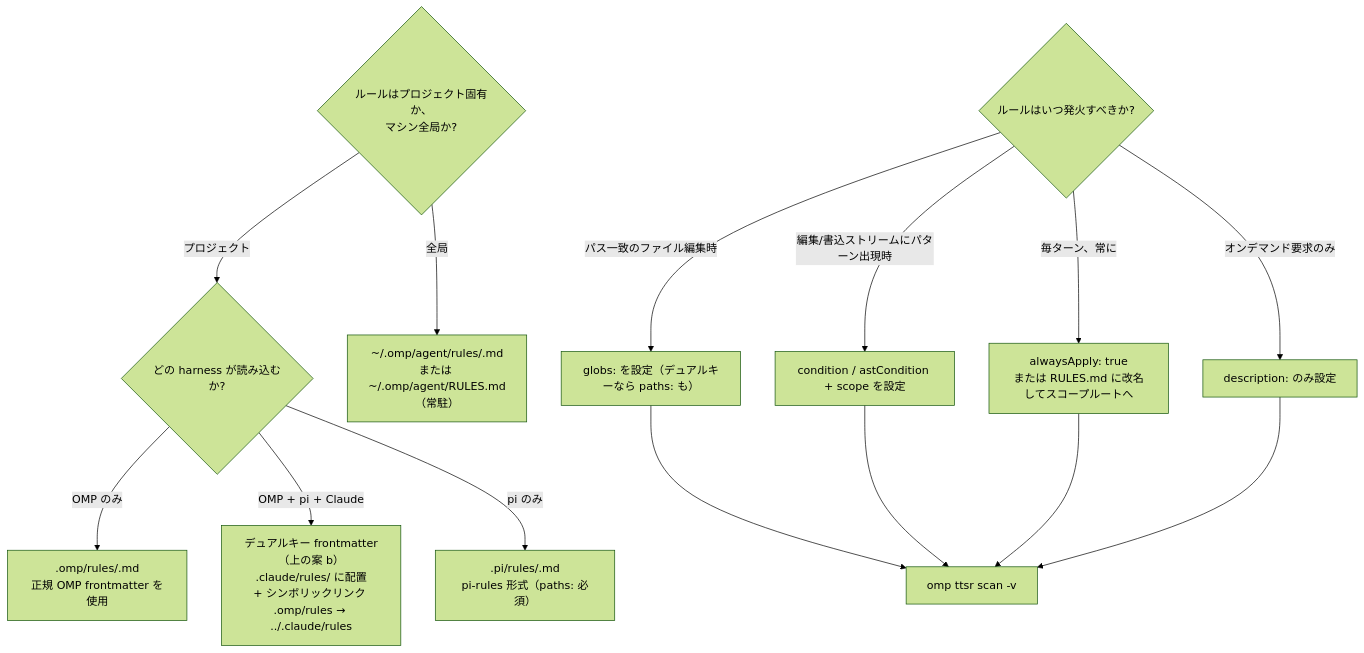
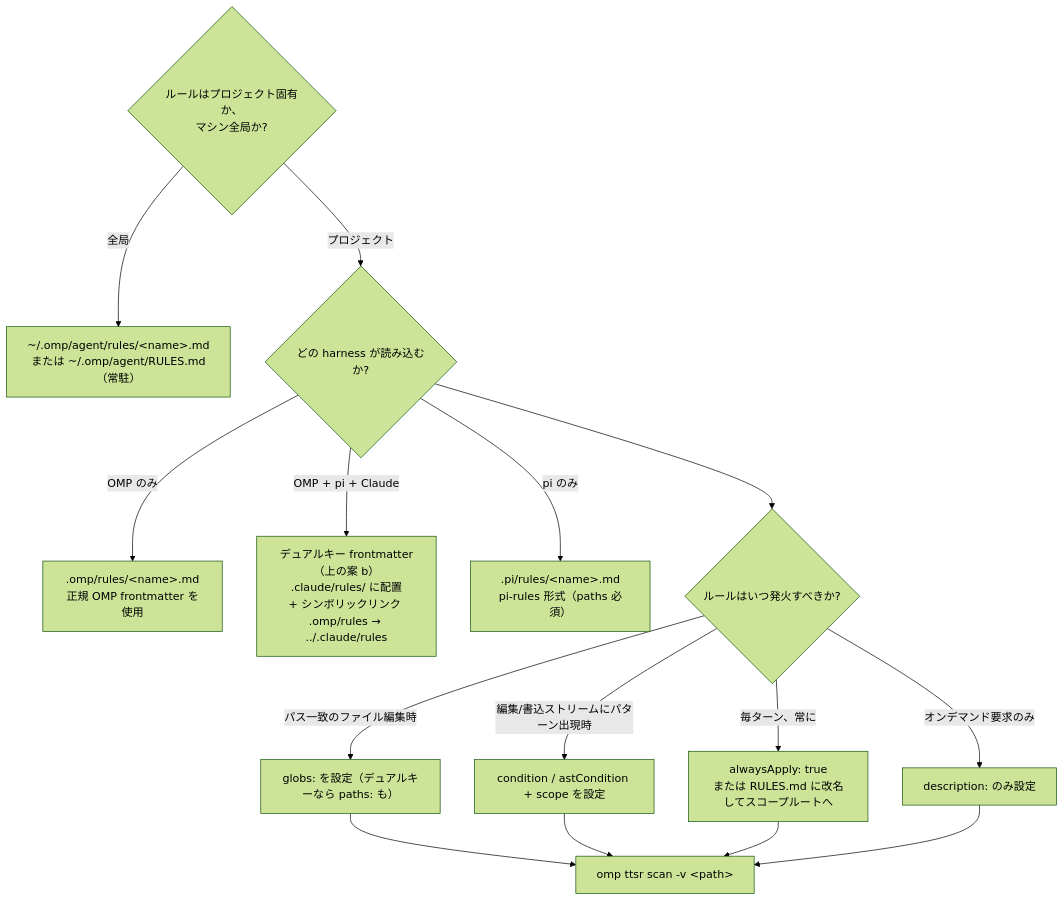
The second of 2 diagrams in src/content/note/ja/omp-agent-rules-config-flow.md (DavidHLP/DavidHLP.github.io), drawn with Mermaid (forest theme) before and after one commit. The commit also changed 1 other file, not shown here.

Commit message:
fix(note): repair Mermaid syntax in en/ja OMP rules decision trees
The same flowchart fix applied to zh-cn (1b1b29a) is needed in the
English and Japanese variants — they were committed from the same source
and share the identical syntax issues under mermaid@11.15.0:

  - bare edge labels (CJK punctuation, `:` in "paths: required")
  - unescaped `<name>` / `<path>` parsed as node IDs
  - `Q3` orphan with no inbound edge

The English and Japanese prose labels differ, but the structural
fix is identical: quote every edge label, escape the angle-bracket
placeholders, and wire `Q2 --> Q3` so the tree is a connected DAG.

````diff
--- a/src/content/note/ja/omp-agent-rules-config-flow.md
+++ b/src/content/note/ja/omp-agent-rules-config-flow.md
@@ -251,18 +251,18 @@
 ```mermaid
 flowchart TD
   Q1{"ルールはプロジェクト固有か、<br/>マシン全局か?"}
-  Q1 -- プロジェクト --> Q2{"どの harness が読み込むか?"}
-  Q1 -- 全局 --> U1["~/.omp/agent/rules/<name>.md<br/>または ~/.omp/agent/RULES.md（常駐）"]
-  Q2 -- OMP のみ --> O1[".omp/rules/<name>.md<br/>正規 OMP frontmatter を使用"]
-  Q2 -- OMP + pi + Claude --> D1["デュアルキー frontmatter<br/>（上の案 b）<br/>.claude/rules/ に配置<br/>+ シンボリックリンク .omp/rules → ../.claude/rules"]
-  Q2 -- pi のみ --> P1[".pi/rules/<name>.md<br/>pi-rules 形式（paths: 必須）"]
-  Q3{"ルールはいつ発火すべきか?"}
+  Q1 -- "全局" --> U1["~/.omp/agent/rules/&lt;name&gt;.md<br/>または ~/.omp/agent/RULES.md（常駐）"]
+  Q1 -- "プロジェクト" --> Q2{"どの harness が読み込むか?"}
+  Q2 -- "OMP のみ" --> O1[".omp/rules/&lt;name&gt;.md<br/>正規 OMP frontmatter を使用"]
+  Q2 -- "OMP + pi + Claude" --> D1["デュアルキー frontmatter<br/>（上の案 b）<br/>.claude/rules/ に配置<br/>+ シンボリックリンク .omp/rules → ../.claude/rules"]
+  Q2 -- "pi のみ" --> P1[".pi/rules/&lt;name&gt;.md<br/>pi-rules 形式（paths 必須）"]
+  Q2 --> Q3{"ルールはいつ発火すべきか?"}
   Q3 -- "パス一致のファイル編集時" --> G1["globs: を設定（デュアルキーなら paths: も）"]
   Q3 -- "編集/書込ストリームにパターン出現時" --> T1["condition / astCondition + scope を設定"]
   Q3 -- "毎ターン、常に" --> A1["alwaysApply: true<br/>または RULES.md に改名してスコープルートへ"]
   Q3 -- "オンデマンド要求のみ" --> D2["description: のみ設定"]
-  G1 --> V1["omp ttsr scan -v <path>"]
+  G1 --> V1["omp ttsr scan -v &lt;path&gt;"]
   T1 --> V1
   A1 --> V1
   D2 --> V1
 ```
````
